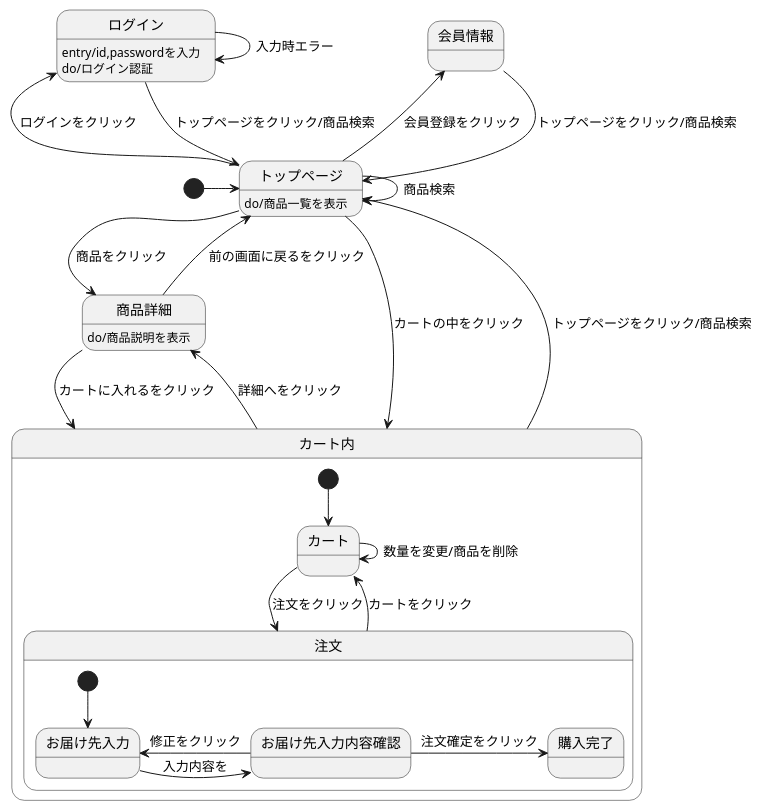
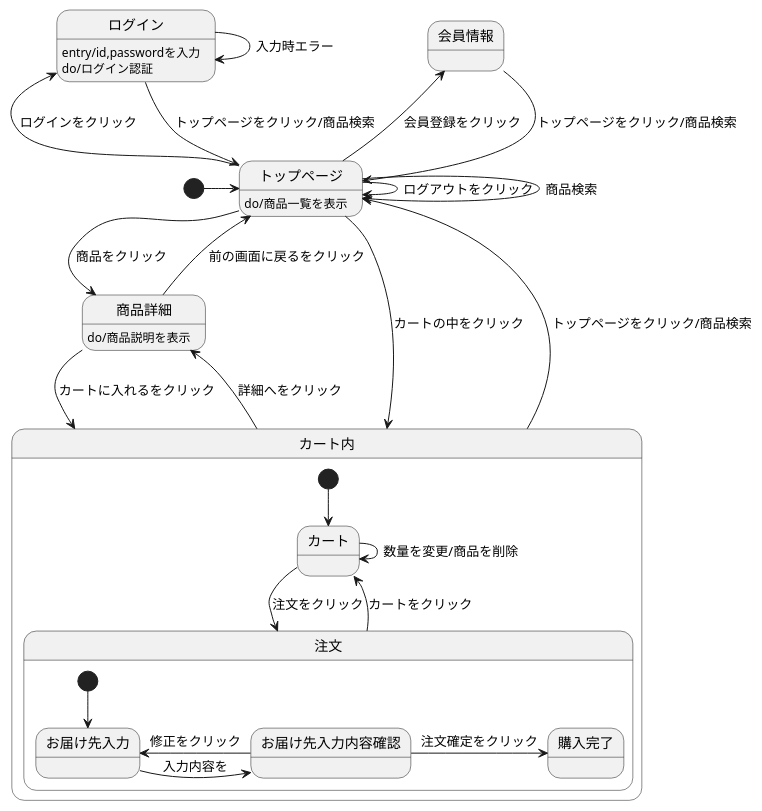
Before and after one commit to Aso2001195/2021sys-design: the diagram in kadai7.md, drawn with PlantUML.

````diff
--- a/kadai7.md
+++ b/kadai7.md
@@ -1,34 +1,35 @@
 ```uml
 @startuml
 [*] -> トップページ
 会員情報 --> トップページ :トップページをクリック/商品検索
 ログイン --> トップページ :トップページをクリック/商品検索
 ログイン :entry/id,passwordを入力
 ログイン :do/ログイン認証
+トップページ -> トップページ :ログアウトをクリック
 ログイン -> ログイン :入力時エラー
 トップページ -> トップページ :商品検索
 トップページ -> 商品詳細 :商品をクリック
 トップページ -left-> 会員情報 :会員登録をクリック
 トップページ -left-> ログイン :ログインをクリック
 トップページ -> カート内 :カートの中をクリック
 トップページ : do/商品一覧を表示
 商品詳細 --> カート内 :カートに入れるをクリック
 商品詳細 --> トップページ :前の画面に戻るをクリック
 商品詳細 :do/商品説明を表示
 カート内 -up-> トップページ :トップページをクリック/商品検索
 カート内 ->商品詳細 :詳細へをクリック
 
 state カート内{
 [*] --> カート
 カート -> 注文 :注文をクリック
 カート -> カート :数量を変更/商品を削除
 注文 --> カート :カートをクリック
 state 注文{
  [*] --> お届け先入力
  お届け先入力 -> お届け先入力内容確認 :入力内容を
  お届け先入力内容確認 -> お届け先入力 :修正をクリック
  お届け先入力内容確認 -> 購入完了 :注文確定をクリック
  }
 }
 @enduml
 ```
````
